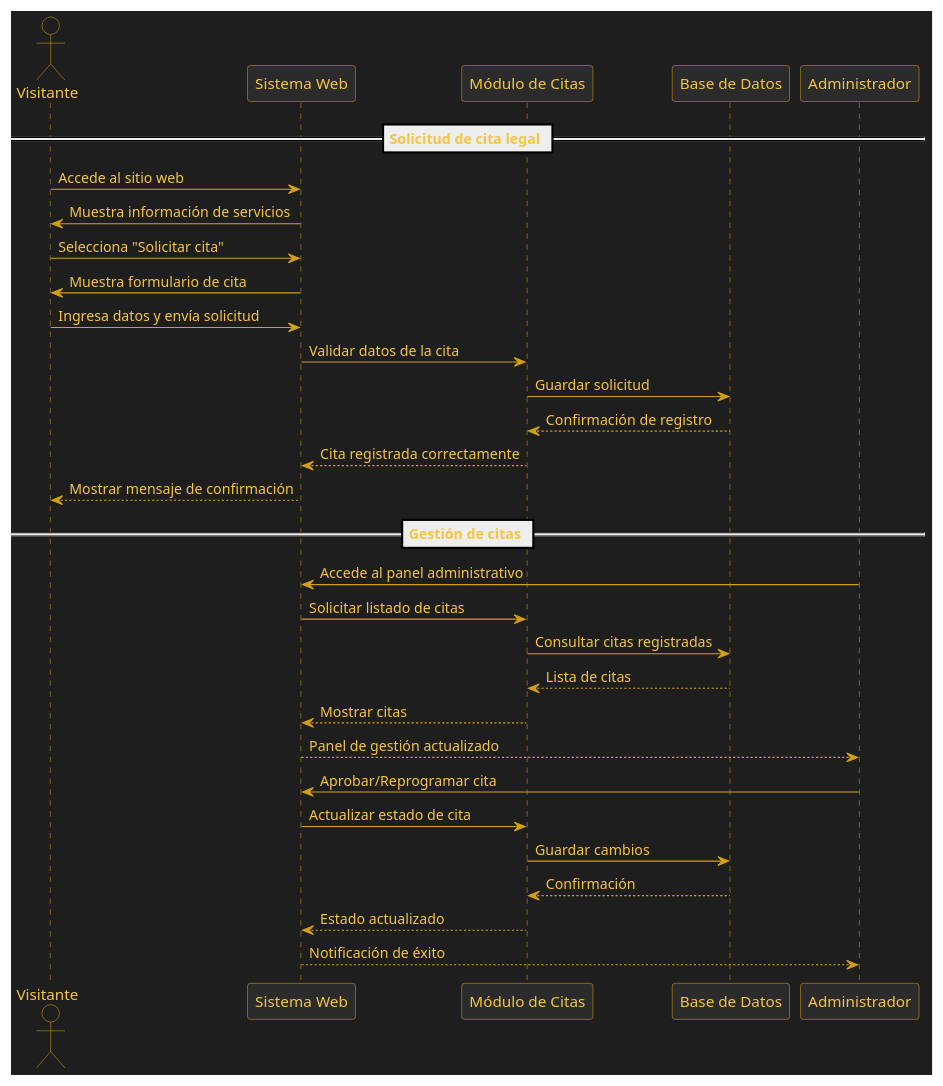
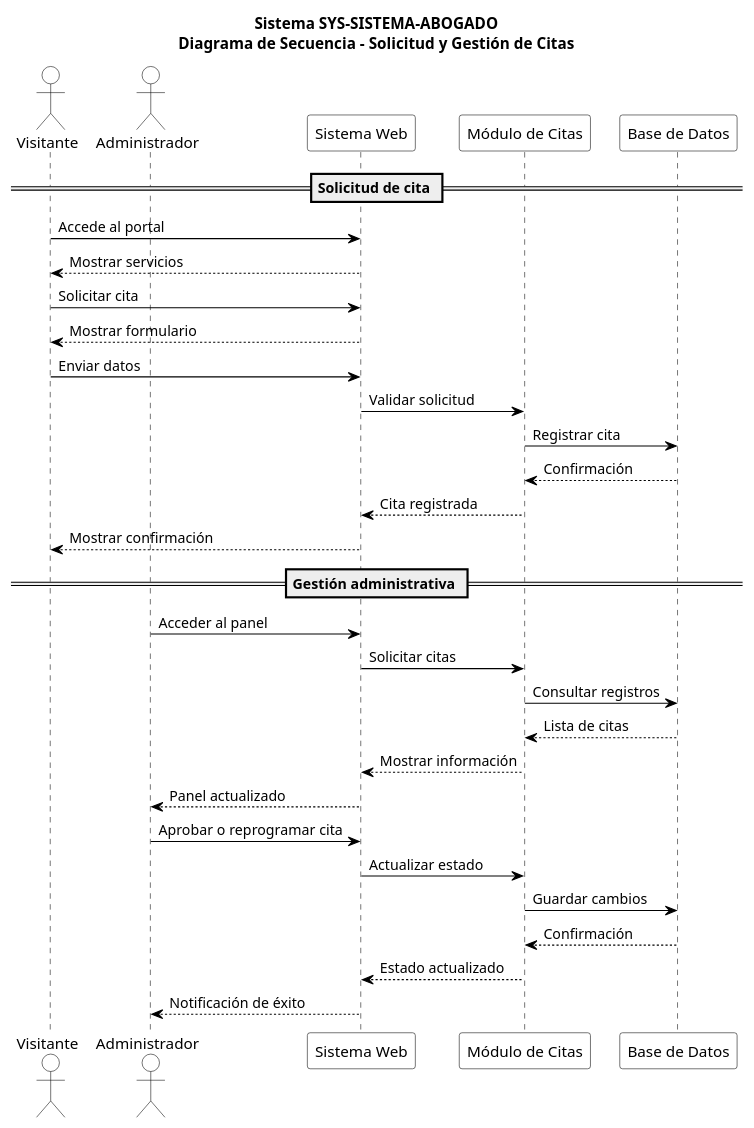
Before and after one commit to OscarBuildsBv/SYS_CANDIDATO_DOC: the diagram in 2-MODELO_UML/Comportamiento/2-Secuencia/secuencia-servicio_legales.puml, drawn with PlantUML. The commit also changed 6 other files, not shown here.

```diff
--- a/2-MODELO_UML/Comportamiento/2-Secuencia/secuencia-servicio_legales.puml
+++ b/2-MODELO_UML/Comportamiento/2-Secuencia/secuencia-servicio_legales.puml
@@ -1,62 +1,73 @@
 @startuml
+title Sistema SYS-SISTEMA-ABOGADO\nDiagrama de Secuencia - Solicitud y Gestión de Citas
 
-skinparam backgroundColor #1E1E1E
+skinparam backgroundColor white
 skinparam shadowing false
+
 skinparam sequence {
-    ArrowColor #D4A017
-    LifeLineBorderColor #D4A017
-    LifeLineBackgroundColor #2B2B2B
-    ParticipantBorderColor #D4A017
-    ParticipantBackgroundColor #2B2B2B
-    ParticipantFontColor #F5C542
-    ActorBorderColor #D4A017
-    ActorFontColor #F5C542
-    ActorBackgroundColor #1E1E1E
+    ArrowColor black
+    LifeLineBorderColor black
+    LifeLineBackgroundColor white
+    ParticipantBorderColor black
+    ParticipantBackgroundColor white
+    ParticipantFontColor black
+    ActorBorderColor black
+    ActorBackgroundColor white
+    ActorFontColor black
 }
 
-skinparam defaultFontColor #F5C542
+skinparam defaultFontColor black
 
 actor Visitante
+actor Administrador
+
 participant "Sistema Web" as SW
 participant "Módulo de Citas" as MC
 participant "Base de Datos" as BD
-participant "Administrador" as Admin
 
-== Solicitud de cita legal ==
+== Solicitud de cita ==
 
-Visitante -> SW : Accede al sitio web
-SW -> Visitante : Muestra información de servicios
+Visitante -> SW : Accede al portal
 
-Visitante -> SW : Selecciona "Solicitar cita"
-SW -> Visitante : Muestra formulario de cita
+SW --> Visitante : Mostrar servicios
 
-Visitante -> SW : Ingresa datos y envía solicitud
-SW -> MC : Validar datos de la cita
+Visitante -> SW : Solicitar cita
 
-MC -> BD : Guardar solicitud
-BD --> MC : Confirmación de registro
+SW --> Visitante : Mostrar formulario
 
-MC --> SW : Cita registrada correctamente
-SW --> Visitante : Mostrar mensaje de confirmación
+Visitante -> SW : Enviar datos
 
-== Gestión de citas ==
+SW -> MC : Validar solicitud
 
-Admin -> SW : Accede al panel administrativo
-SW -> MC : Solicitar listado de citas
+MC -> BD : Registrar cita
+BD --> MC : Confirmación
 
-MC -> BD : Consultar citas registradas
+MC --> SW : Cita registrada
+
+SW --> Visitante : Mostrar confirmación
+
+== Gestión administrativa ==
+
+Administrador -> SW : Acceder al panel
+
+SW -> MC : Solicitar citas
+
+MC -> BD : Consultar registros
 BD --> MC : Lista de citas
 
-MC --> SW : Mostrar citas
-SW --> Admin : Panel de gestión actualizado
+MC --> SW : Mostrar información
 
-Admin -> SW : Aprobar/Reprogramar cita
-SW -> MC : Actualizar estado de cita
+SW --> Administrador : Panel actualizado
+
+Administrador -> SW : Aprobar o reprogramar cita
+
+SW -> MC : Actualizar estado
 
 MC -> BD : Guardar cambios
 BD --> MC : Confirmación
 
 MC --> SW : Estado actualizado
-SW --> Admin : Notificación de éxito
+
+SW --> Administrador : Notificación de éxito
 
 @enduml
```
